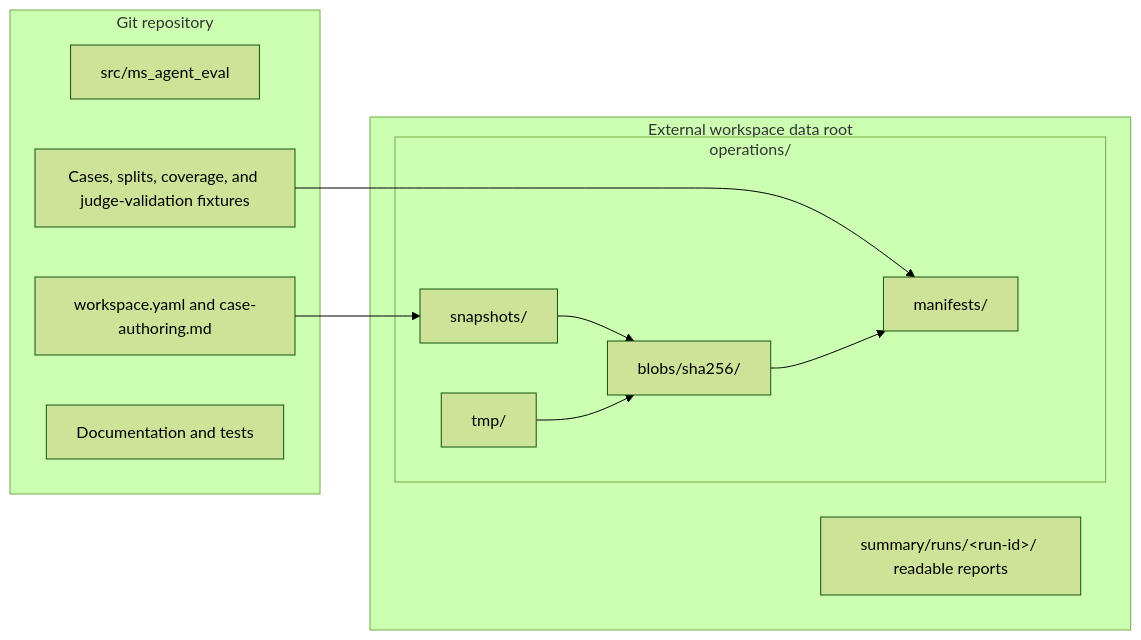
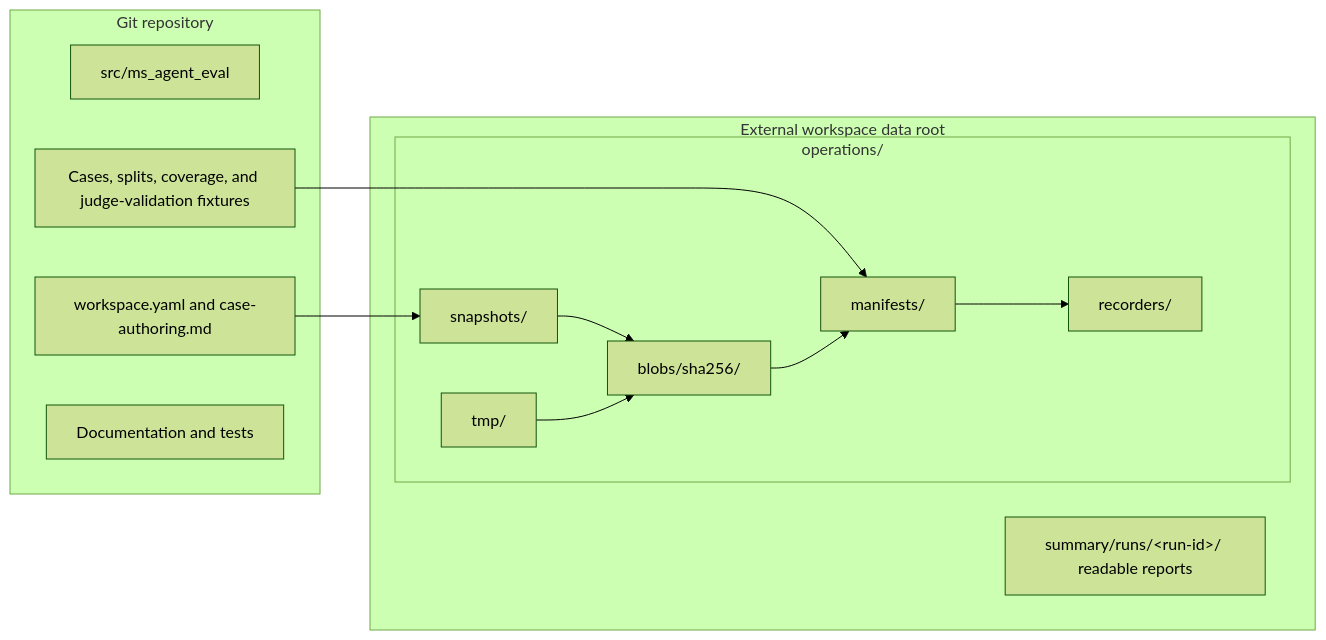
One commit to mainsequence-sdk/repo-agent-eval changed the second of 2 diagrams in docs/architecture/index.md. Above: the diagram before and after it, drawn with Mermaid (forest theme). The commit also changed other lines of this file and 558 other files, not shown here.

````diff
--- a/docs/architecture/index.md
+++ b/docs/architecture/index.md
@@ -58,25 +64,27 @@
 ```mermaid
 flowchart LR
     subgraph Repository[Git repository]
         Code[src/ms_agent_eval]
         Definition[workspace.yaml and case-authoring.md]
         Corpus[Cases, splits, coverage, and judge-validation fixtures]
         Docs[Documentation and tests]
     end
 
     subgraph External[External workspace data root]
         subgraph Operations[operations/]
             SnapshotStore[snapshots/]
             BlobStore[blobs/sha256/]
             Manifests[manifests/]
+            Recorders[recorders/]
             Temporary[tmp/]
         end
         Summary[summary/runs/&lt;run-id&gt;/ readable reports]
     end
 
     Definition --> SnapshotStore
     Corpus --> Manifests
     SnapshotStore --> BlobStore
     BlobStore --> Manifests
     Temporary --> BlobStore
+    Manifests --> Recorders
 ```
````
